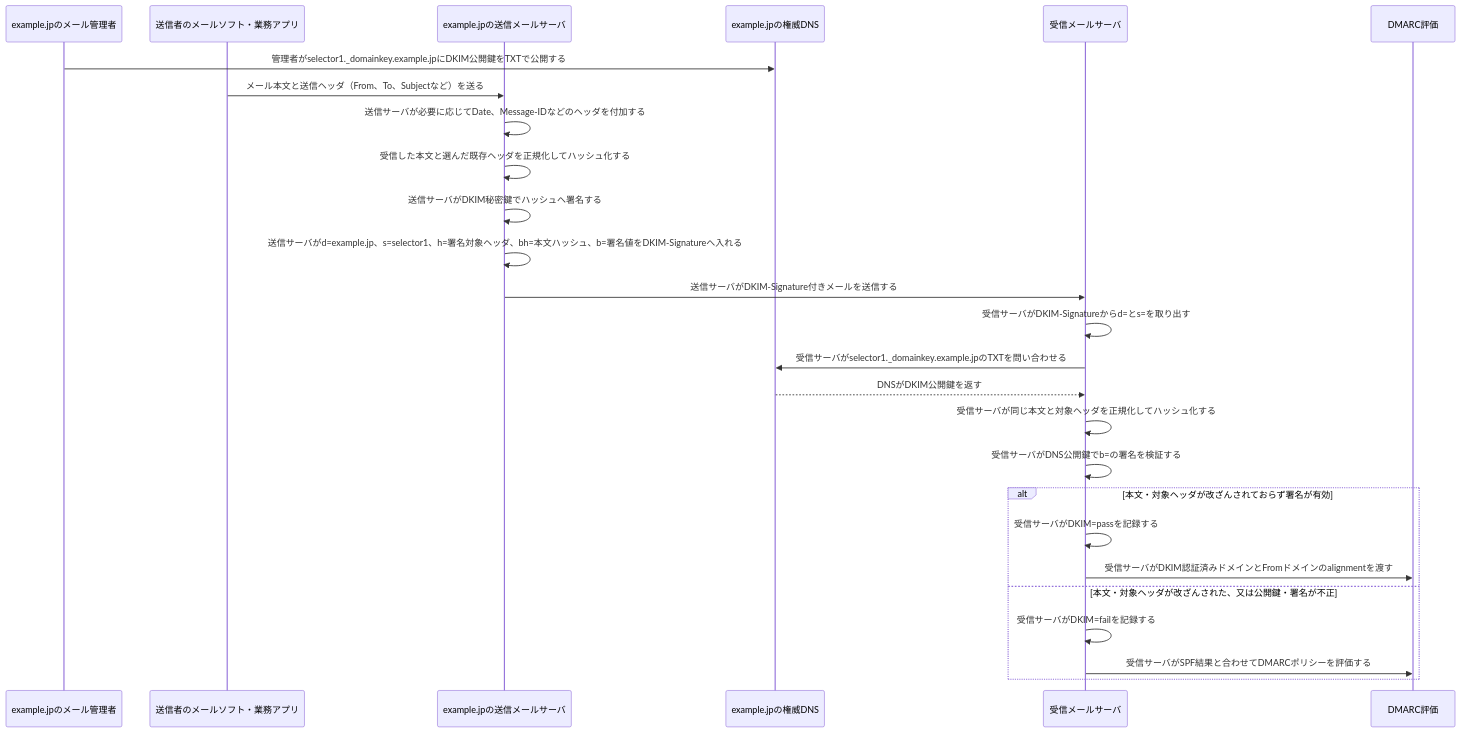
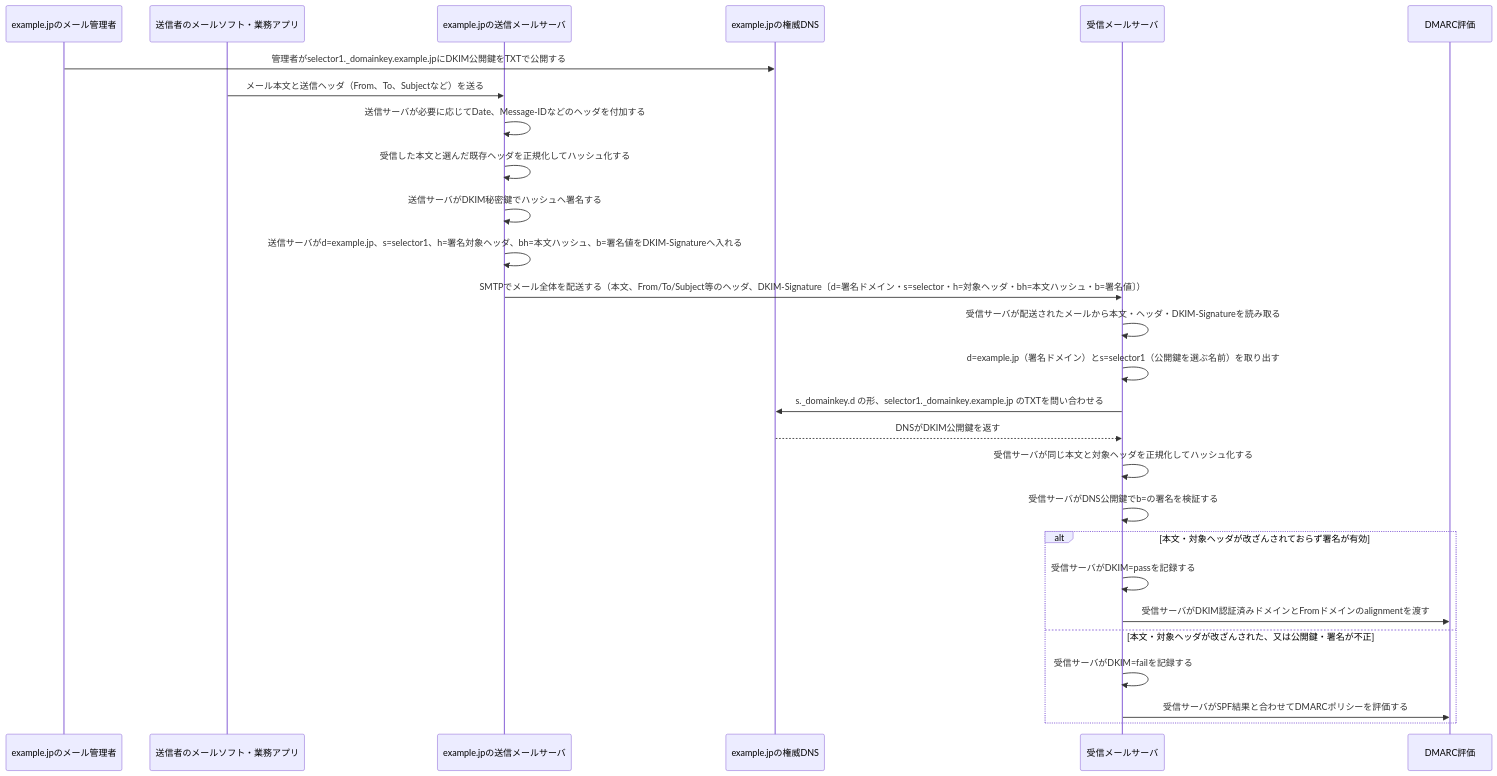
The diagram in 復習用/流れ図/DKIMの署名と検証.md (ryusuke2003/security-specialist-study), drawn with Mermaid before and after one commit. The commit also changed other lines of this file, not shown here.

Commit message:
dkimの説明がわかりやすいように追記

````diff
--- a/復習用/流れ図/DKIMの署名と検証.md
+++ b/復習用/流れ図/DKIMの署名と検証.md
@@ -5,32 +5,33 @@
 ```mermaid
 sequenceDiagram
     participant Admin as example.jpのメール管理者
     participant Client as 送信者のメールソフト・業務アプリ
     participant Sender as example.jpの送信メールサーバ
     participant DNS as example.jpの権威DNS
     participant Receiver as 受信メールサーバ
     participant Policy as DMARC評価
 
     Admin->>DNS: 管理者がselector1._domainkey.example.jpにDKIM公開鍵をTXTで公開する
 
     Client->>Sender: メール本文と送信ヘッダ（From、To、Subjectなど）を送る
     Sender->>Sender: 送信サーバが必要に応じてDate、Message-IDなどのヘッダを付加する
     Sender->>Sender: 受信した本文と選んだ既存ヘッダを正規化してハッシュ化する
     Sender->>Sender: 送信サーバがDKIM秘密鍵でハッシュへ署名する
     Sender->>Sender: 送信サーバがd=example.jp、s=selector1、h=署名対象ヘッダ、bh=本文ハッシュ、b=署名値をDKIM-Signatureへ入れる
-    Sender->>Receiver: 送信サーバがDKIM-Signature付きメールを送信する
+    Sender->>Receiver: SMTPでメール全体を配送する（本文、From/To/Subject等のヘッダ、DKIM-Signature〔d=署名ドメイン・s=selector・h=対象ヘッダ・bh=本文ハッシュ・b=署名値〕）
 
-    Receiver->>Receiver: 受信サーバがDKIM-Signatureからd=とs=を取り出す
-    Receiver->>DNS: 受信サーバがselector1._domainkey.example.jpのTXTを問い合わせる
+    Receiver->>Receiver: 受信サーバが配送されたメールから本文・ヘッダ・DKIM-Signatureを読み取る
+    Receiver->>Receiver: d=example.jp（署名ドメイン）とs=selector1（公開鍵を選ぶ名前）を取り出す
+    Receiver->>DNS: s._domainkey.d の形、selector1._domainkey.example.jp のTXTを問い合わせる
     DNS-->>Receiver: DNSがDKIM公開鍵を返す
     Receiver->>Receiver: 受信サーバが同じ本文と対象ヘッダを正規化してハッシュ化する
     Receiver->>Receiver: 受信サーバがDNS公開鍵でb=の署名を検証する
 
     alt 本文・対象ヘッダが改ざんされておらず署名が有効
         Receiver->>Receiver: 受信サーバがDKIM=passを記録する
         Receiver->>Policy: 受信サーバがDKIM認証済みドメインとFromドメインのalignmentを渡す
     else 本文・対象ヘッダが改ざんされた、又は公開鍵・署名が不正
         Receiver->>Receiver: 受信サーバがDKIM=failを記録する
         Receiver->>Policy: 受信サーバがSPF結果と合わせてDMARCポリシーを評価する
     end
 ```
````
